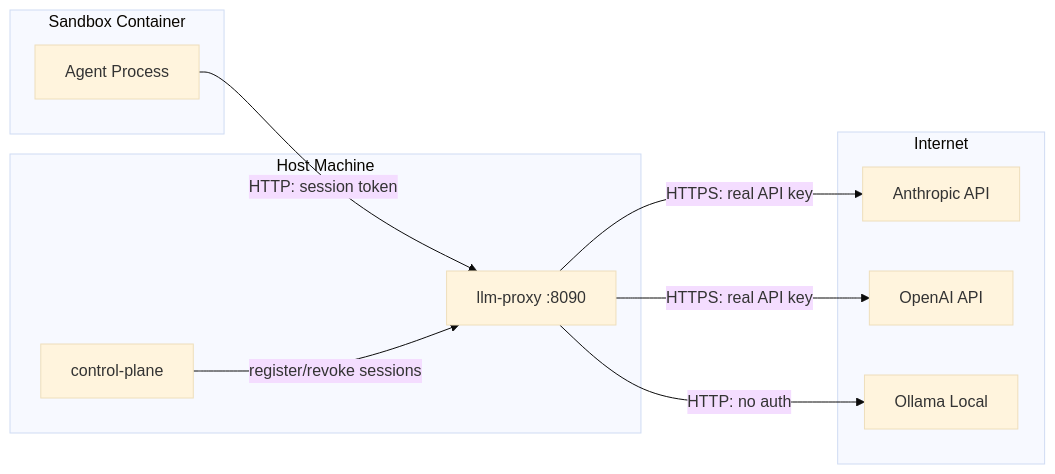
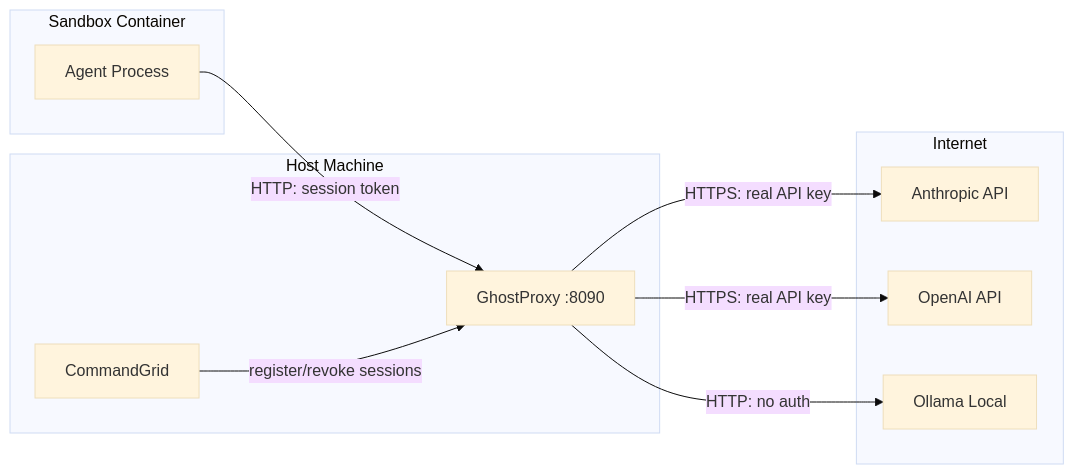
Before and after one commit to Travbz/llm-proxy: the first of 2 diagrams in docs/architecture.md, drawn with Mermaid (base theme). The commit also changed other lines of this file and 2 other files, not shown here.

Commit message:
docs: align references with renamed repositories
Update markdown docs to use the new repository and service names consistently across links, examples, and architecture references.

````diff
--- a/docs/architecture.md
+++ b/docs/architecture.md
@@ -7,23 +7,23 @@
 ```mermaid
 flowchart LR
     subgraph sandbox [Sandbox Container]
         Agent[Agent Process]
     end
 
     subgraph host [Host Machine]
-        Proxy[llm-proxy :8090]
-        CP[control-plane]
+        Proxy[GhostProxy :8090]
+        CP[CommandGrid]
     end
 
     subgraph upstream [Internet]
         Anthropic[Anthropic API]
         OpenAI[OpenAI API]
         Ollama[Ollama Local]
     end
 
     Agent -->|"HTTP: session token"| Proxy
     Proxy -->|"HTTPS: real API key"| Anthropic
     Proxy -->|"HTTPS: real API key"| OpenAI
     Proxy -->|"HTTP: no auth"| Ollama
     CP -->|"register/revoke sessions"| Proxy
 ```
````
